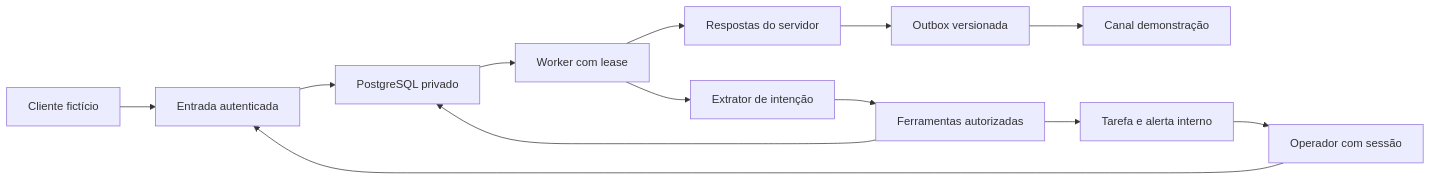
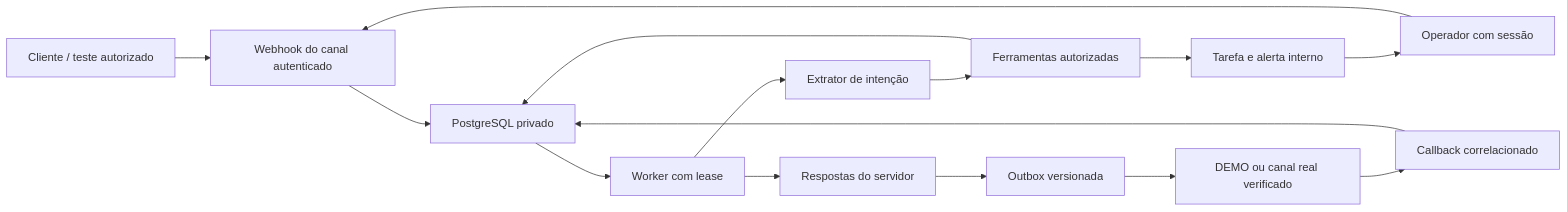
The diagram in docs/atendimento-virtual-threat-model.md (pablocdds-tech/tetteo), drawn with Mermaid before and after one commit. The commit also changed other lines of this file and 81 other files, not shown here.

````diff
--- a/docs/atendimento-virtual-threat-model.md
+++ b/docs/atendimento-virtual-threat-model.md
@@ -34,15 +35,17 @@
 ```mermaid
 flowchart LR
-  C["Cliente fictício"] --> I["Entrada autenticada"]
+  C["Cliente / teste autorizado"] --> I["Webhook do canal autenticado"]
   O["Operador com sessão"] --> I
   I --> D["PostgreSQL privado"]
   D --> W["Worker com lease"]
   W --> M["Extrator de intenção"]
   M --> T["Ferramentas autorizadas"]
   T --> D
   W --> R["Respostas do servidor"]
   R --> X["Outbox versionada"]
-  X --> S["Canal demonstração"]
+  X --> S["DEMO ou canal real verificado"]
+  S --> B["Callback correlacionado"]
+  B --> D
   T --> H["Tarefa e alerta interno"]
   H --> O
 ```
````
